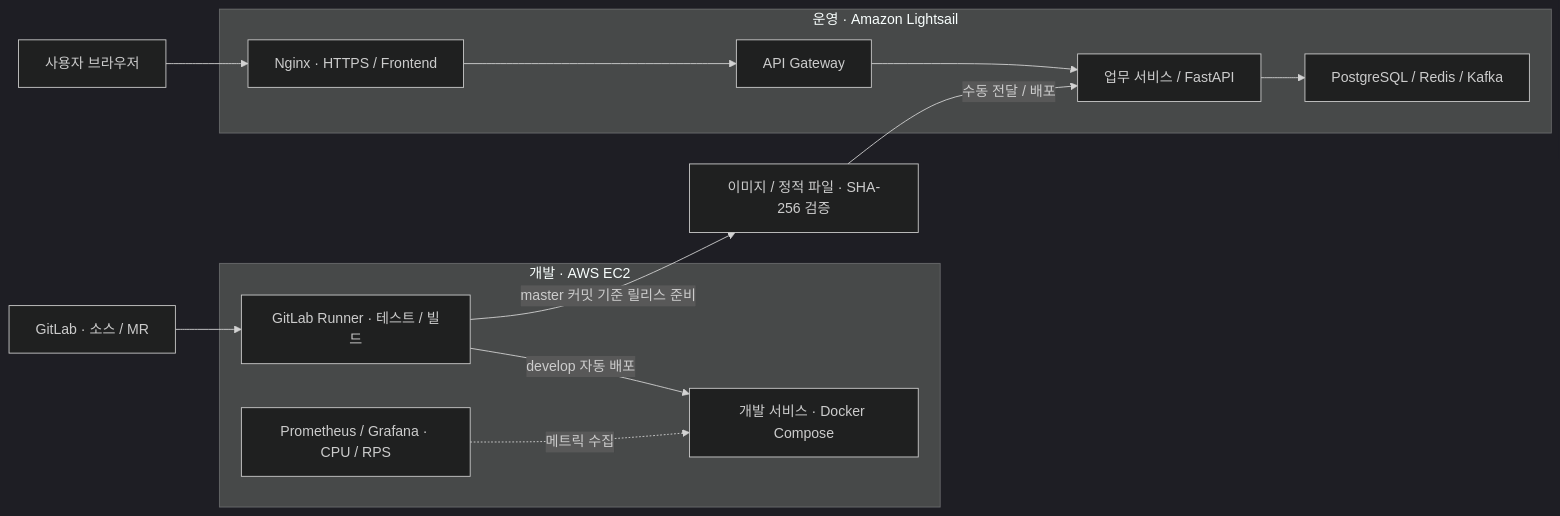
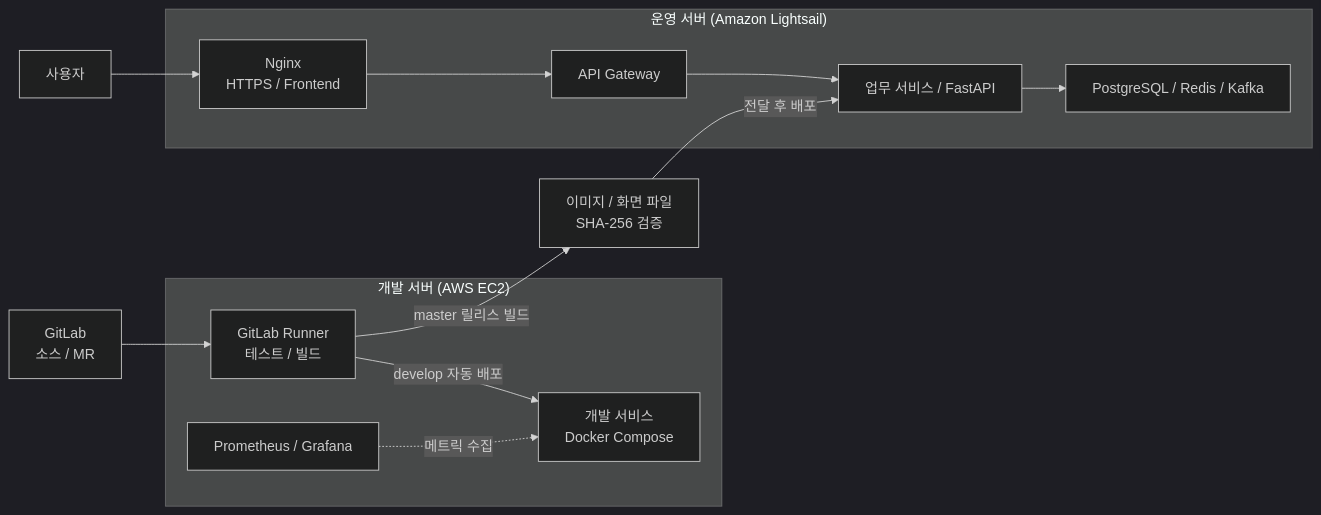
The diagram in README.md (doljeen/NEXA-ERP), drawn with Mermaid (dark theme) before and after one commit. The commit also changed other lines of this file and 1 other file, not shown here.

````diff
--- a/README.md
+++ b/README.md
@@ -92,19 +237,19 @@
 ```mermaid
 flowchart LR
-    GitLab["GitLab · 소스 / MR"] --> DevCI
-    subgraph Dev["개발 · AWS EC2"]
-        DevCI["GitLab Runner · 테스트 / 빌드"]
-        DevApp["개발 서비스 · Docker Compose"]
-        Metrics["Prometheus / Grafana · CPU / RPS"]
+    GitLab["GitLab<br>소스 / MR"] --> DevCI
+    subgraph Dev["개발 서버 (AWS EC2)"]
+        DevCI["GitLab Runner<br>테스트 / 빌드"]
+        DevApp["개발 서비스<br>Docker Compose"]
+        Metrics["Prometheus / Grafana"]
         DevCI -->|"develop 자동 배포"| DevApp
         Metrics -.->|"메트릭 수집"| DevApp
     end
-    DevCI -->|"master 커밋 기준 릴리스 준비"| Release["이미지 / 정적 파일 · SHA-256 검증"]
-    Release -->|"수동 전달 / 배포"| ProdApp
-    subgraph Prod["운영 · Amazon Lightsail"]
-        Nginx["Nginx · HTTPS / Frontend"] --> Gateway["API Gateway"]
+    DevCI -->|"master 릴리스 빌드"| Release["이미지 / 화면 파일<br>SHA-256 검증"]
+    Release -->|"전달 후 배포"| ProdApp
+    subgraph Prod["운영 서버 (Amazon Lightsail)"]
+        Nginx["Nginx<br>HTTPS / Frontend"] --> Gateway["API Gateway"]
         Gateway --> ProdApp["업무 서비스 / FastAPI"]
         ProdApp --> Data["PostgreSQL / Redis / Kafka"]
     end
-    Browser["사용자 브라우저"] --> Nginx
+    Browser["사용자"] --> Nginx
 ```
````
